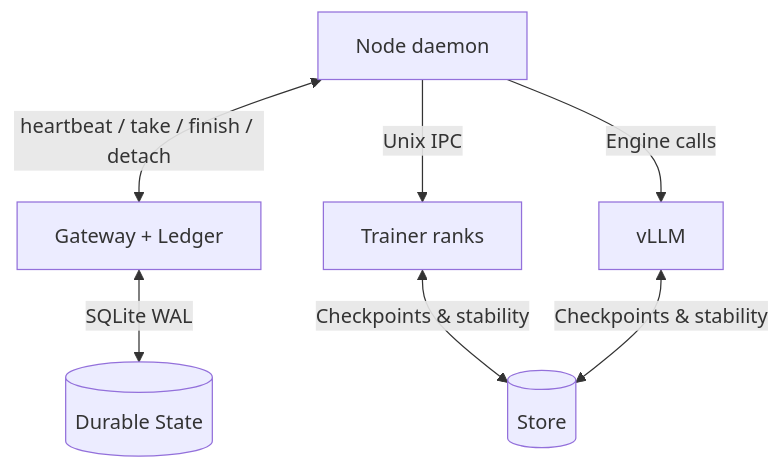
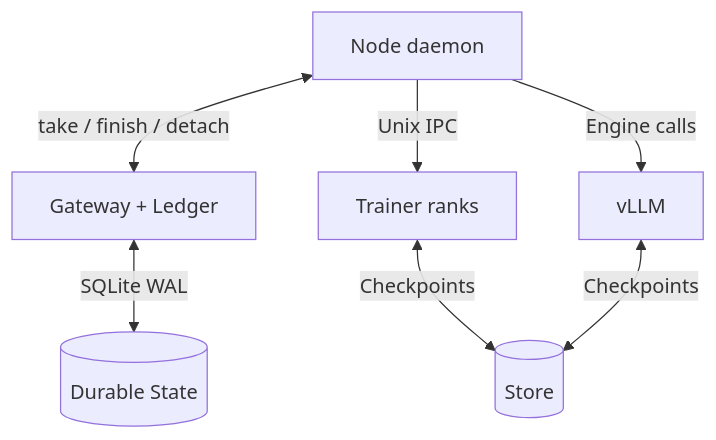
The diagram in README.md (ShubyM/tiny-open-rl), drawn with Mermaid before and after one commit. The commit also changed other lines of this file and 34 other files, not shown here.

````diff
--- a/README.md
+++ b/README.md
@@ -35,8 +35,8 @@
 ```mermaid
 flowchart TD
   G["Gateway + Ledger"] <-->|SQLite WAL| D[("Durable State")]
-  N["Node daemon"] <-->|"heartbeat / take / finish / detach"| G
+  N["Node daemon"] <-->|"take / finish / detach"| G
   N -->|Unix IPC| T["Trainer ranks"]
   N -->|Engine calls| V["vLLM"]
-  T & V <-->|Checkpoints & stability| C[("Store")]
+  T & V <-->|Checkpoints| C[("Store")]
 ```
````
